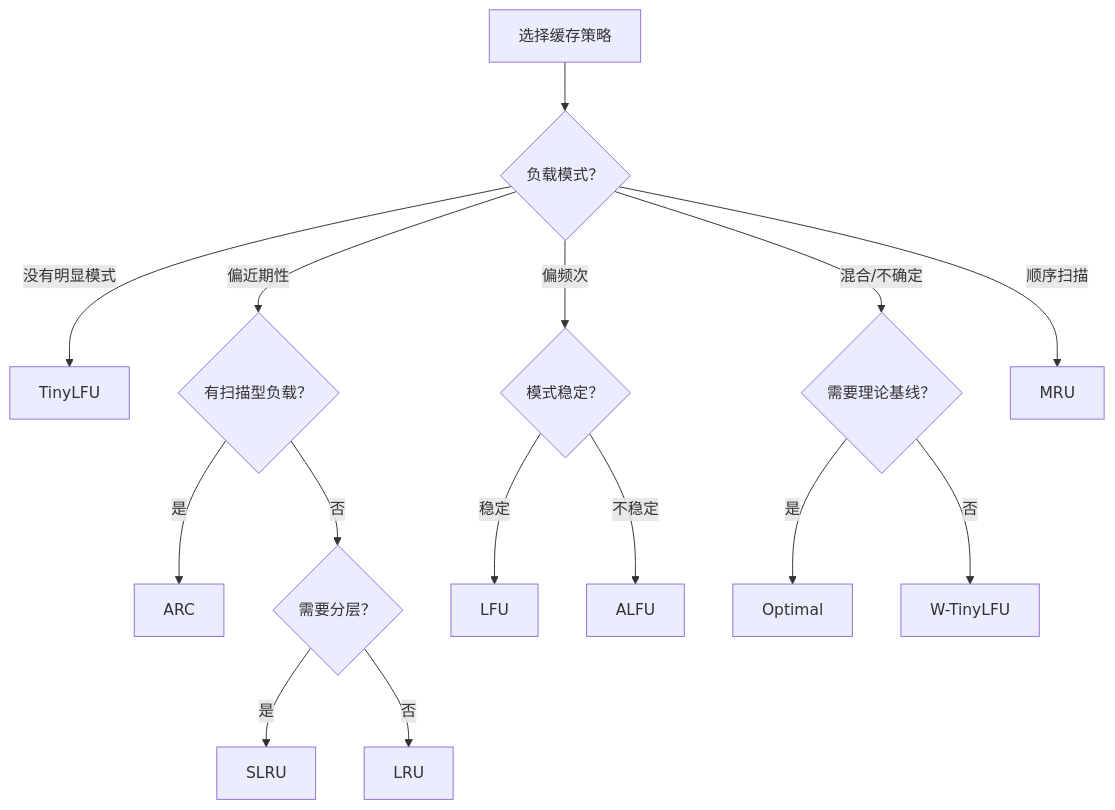
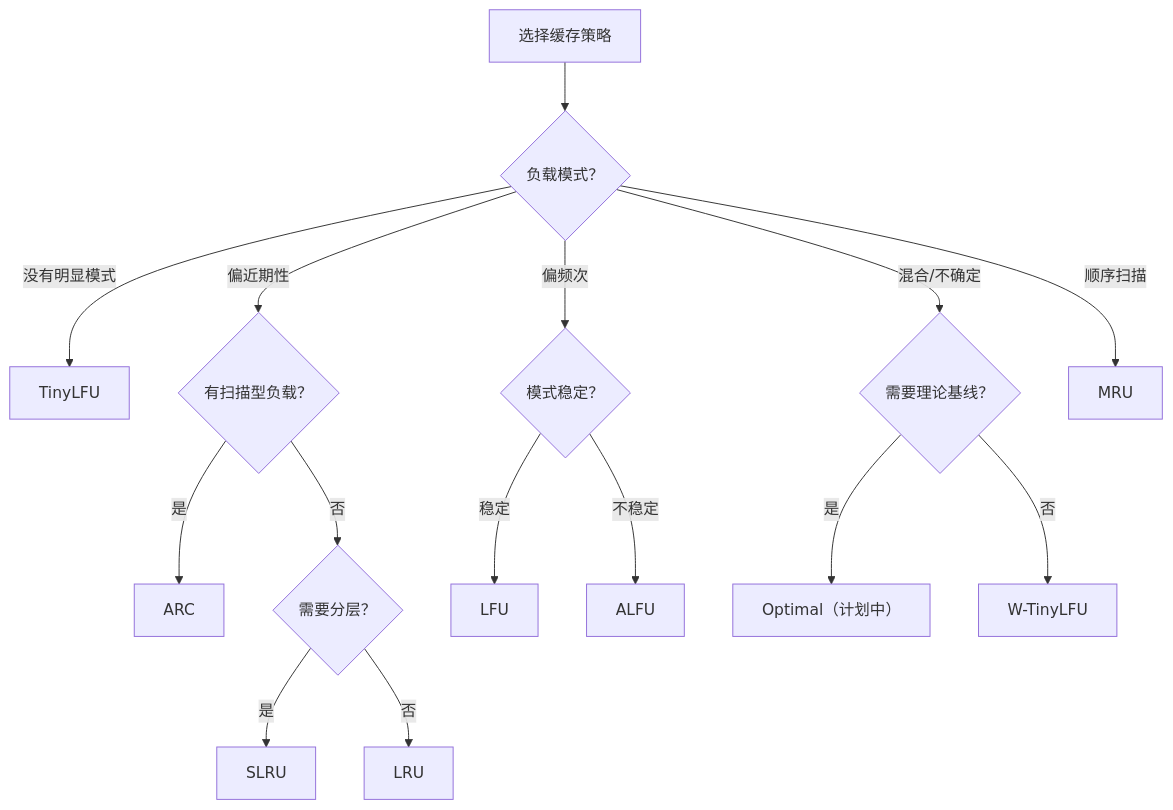
One commit to lazygophers/utils changed the diagram in docs/zh-CN/modules/cache/index.md. Above: the diagram before and after it, drawn with Mermaid. The commit also changed other lines of this file and 11 other files, not shown here.

````diff
--- a/docs/zh-CN/modules/cache/index.md
+++ b/docs/zh-CN/modules/cache/index.md
@@ -25,17 +32,17 @@
 ```mermaid
 flowchart TD
     Start["选择缓存策略"] --> Q1{"负载模式？"}
     Q1 -- "没有明显模式" --> TinyLFU["TinyLFU"]
     Q1 -- "偏近期性" --> Q2{"有扫描型负载？"}
     Q2 -- "是" --> ARC["ARC"]
     Q2 -- "否" --> Q3{"需要分层？"}
     Q3 -- "是" --> SLRU["SLRU"]
     Q3 -- "否" --> LRU["LRU"]
     Q1 -- "偏频次" --> Q4{"模式稳定？"}
     Q4 -- "稳定" --> LFU["LFU"]
     Q4 -- "不稳定" --> ALFU["ALFU"]
     Q1 -- "混合/不确定" --> Q5{"需要理论基线？"}
-    Q5 -- "是" --> Optimal["Optimal"]
+    Q5 -- "是" --> Optimal["Optimal（计划中）"]
     Q5 -- "否" --> WTinyLFU["W-TinyLFU"]
     Q1 -- "顺序扫描" --> MRU["MRU"]
 ```
````
